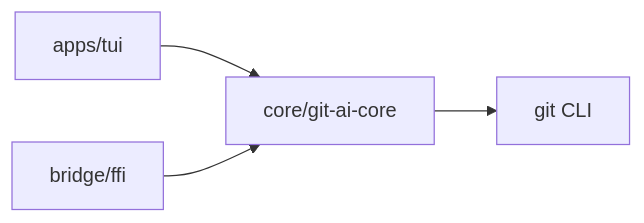
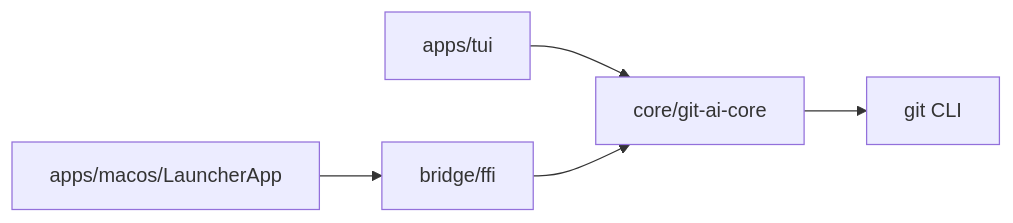
The second of 2 diagrams in docs/architecture.md (QuocDung21/git-ai-gen), drawn with Mermaid before and after one commit. The commit also changed other lines of this file and 22 other files, not shown here.

Commit message:
refactor: recreate macos app under apps layout

````diff
--- a/docs/architecture.md
+++ b/docs/architecture.md
@@ -38,6 +43,7 @@
 ```mermaid
 flowchart LR
     TUI["apps/tui"] --> Core["core/git-ai-core"]
+    Mac["apps/macos/LauncherApp"] --> Bridge
     Bridge["bridge/ffi"] --> Core
     Core --> Git["git CLI"]
 ```
````
